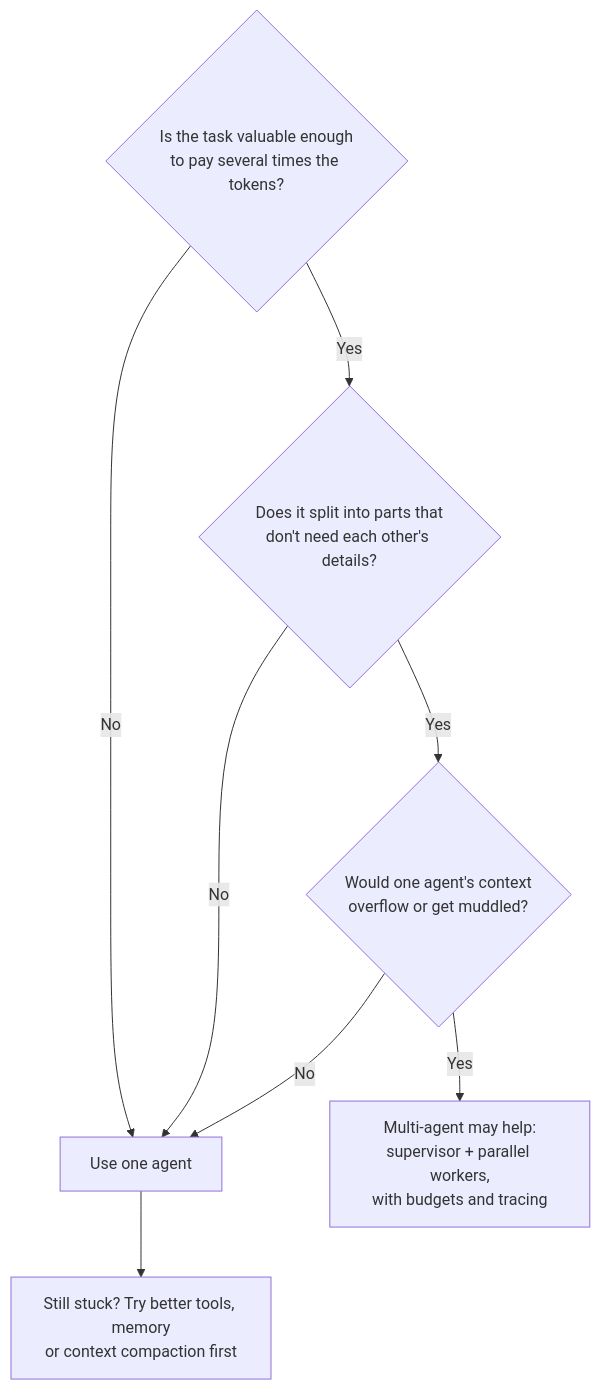
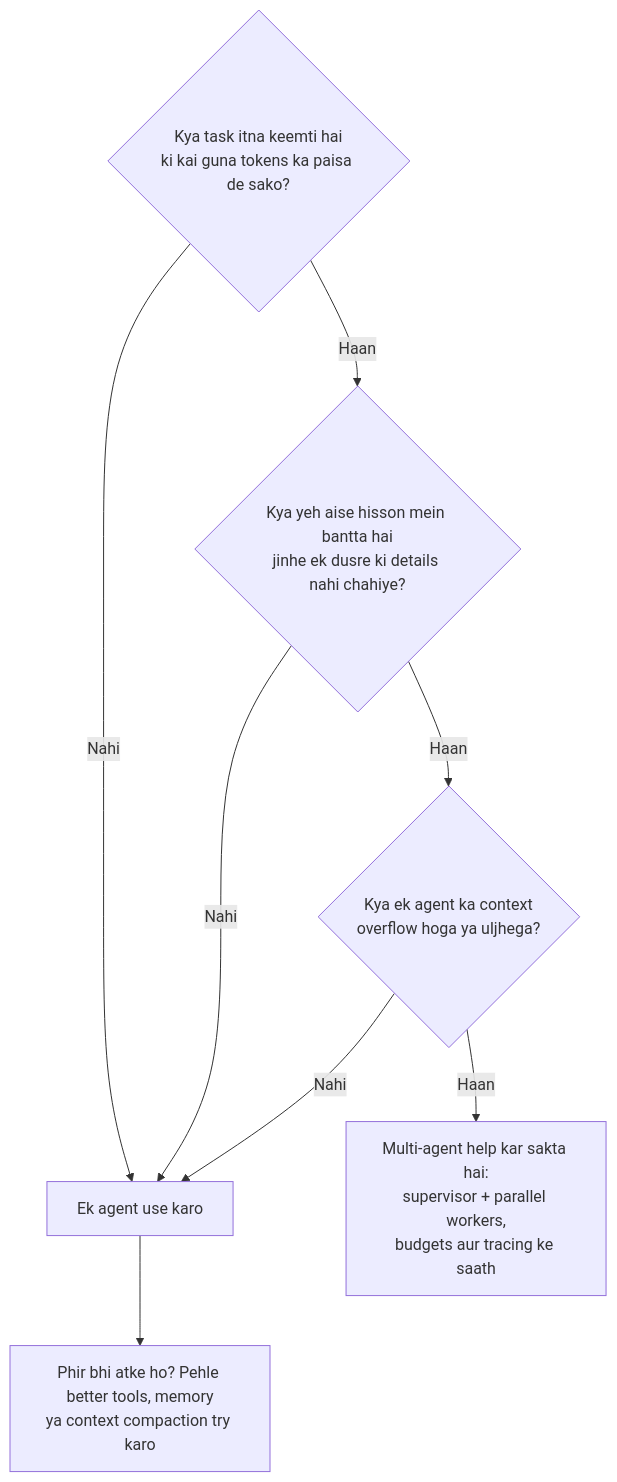
Before and after one commit to asmustechno/agentic-ai-notes: the diagram in docs/10-multi-agent-systems/10.6-when-multi-agent-makes-things-worse.md, drawn with Mermaid. The commit also changed other lines of this file and 135 other files, not shown here.

````diff
--- a/docs/10-multi-agent-systems/10.6-when-multi-agent-makes-things-worse.md
+++ b/docs/10-multi-agent-systems/10.6-when-multi-agent-makes-things-worse.md
@@ -43,10 +45,10 @@
 ```mermaid
 flowchart TD
-    Q1{"Is the task valuable enough<br/>to pay several times the tokens?"} -->|No| One["Use one agent"]
-    Q1 -->|Yes| Q2{"Does it split into parts that<br/>don't need each other's details?"}
-    Q2 -->|No| One
-    Q2 -->|Yes| Q3{"Would one agent's context<br/>overflow or get muddled?"}
-    Q3 -->|No| One
-    Q3 -->|Yes| Multi["Multi-agent may help:<br/>supervisor + parallel workers,<br/>with budgets and tracing"]
-    One --> Note["Still stuck? Try better tools, memory<br/>or context compaction first"]
+    Q1{"Kya task itna keemti hai<br/>ki kai guna tokens ka paisa de sako?"} -->|Nahi| One["Ek agent use karo"]
+    Q1 -->|Haan| Q2{"Kya yeh aise hisson mein bantta hai<br/>jinhe ek dusre ki details nahi chahiye?"}
+    Q2 -->|Nahi| One
+    Q2 -->|Haan| Q3{"Kya ek agent ka context<br/>overflow hoga ya uljhega?"}
+    Q3 -->|Nahi| One
+    Q3 -->|Haan| Multi["Multi-agent help kar sakta hai:<br/>supervisor + parallel workers,<br/>budgets aur tracing ke saath"]
+    One --> Note["Phir bhi atke ho? Pehle better tools, memory<br/>ya context compaction try karo"]
 ```
````
